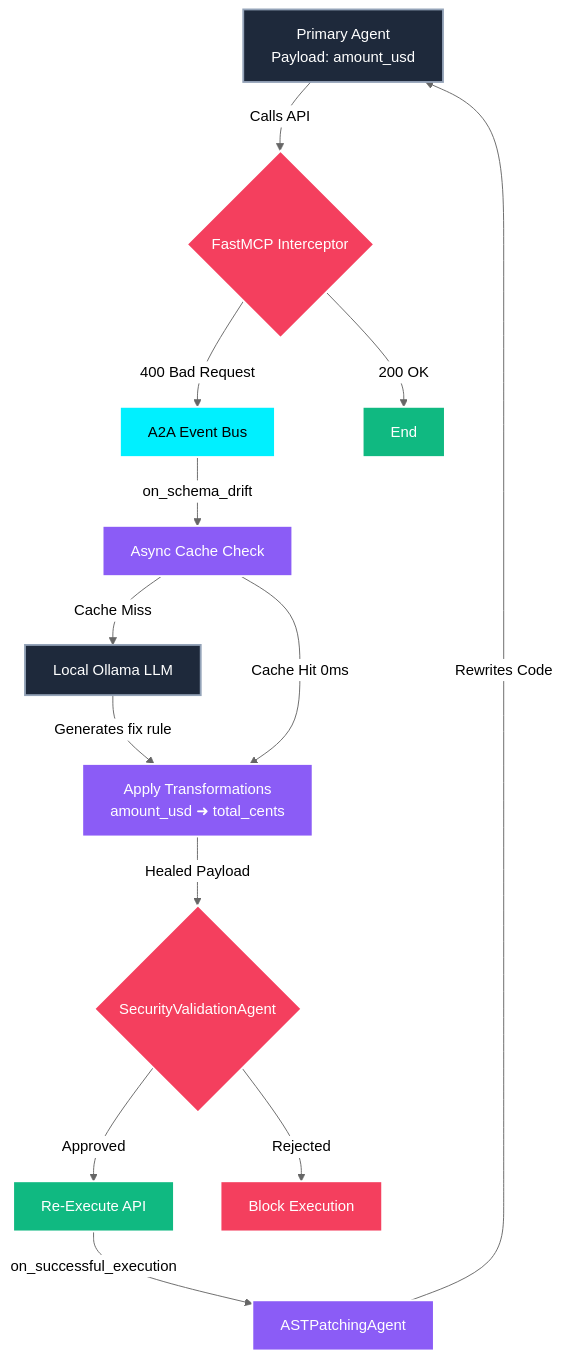
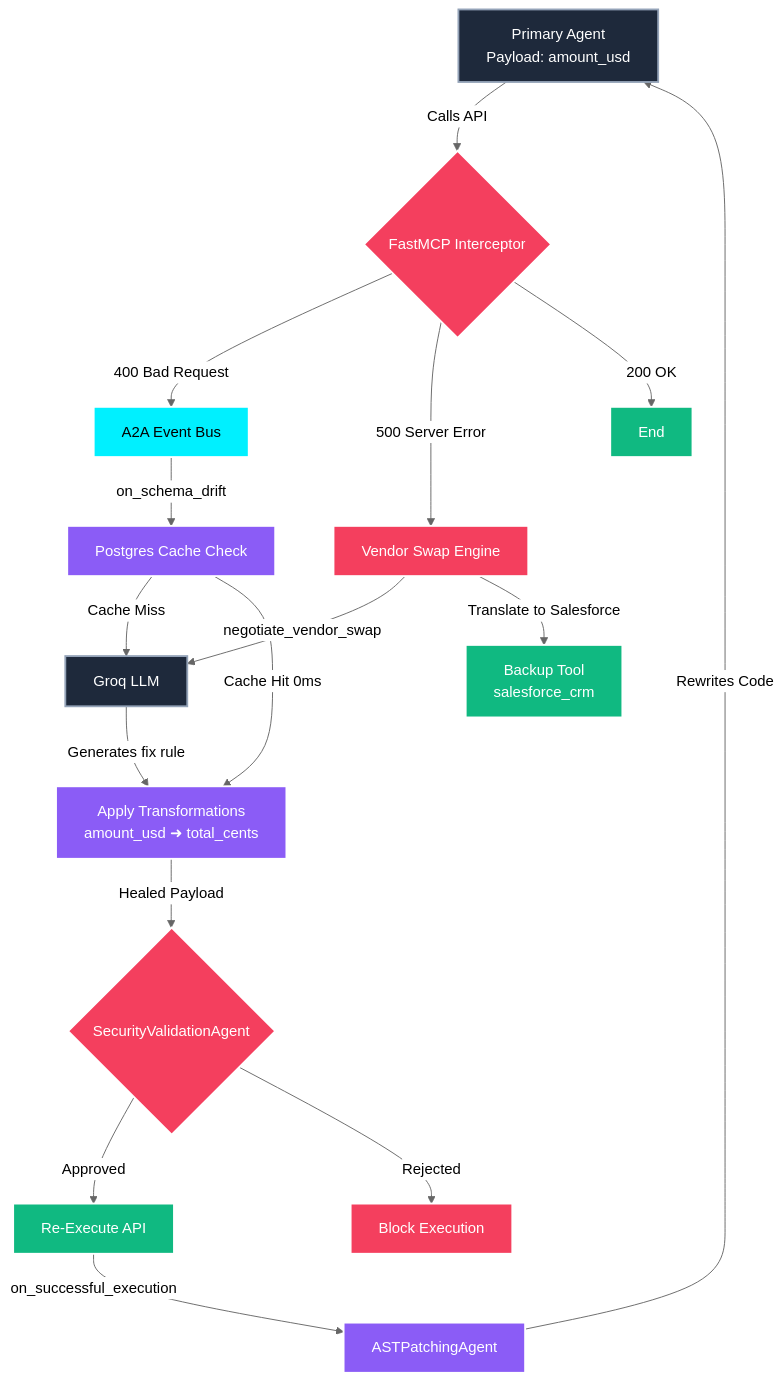
One commit to yaseenzj/Agent-Arc changed the diagram in docs/example.md. Above: the diagram before and after it, drawn with Mermaid (neutral theme). The commit also changed other lines of this file and 2 other files, not shown here.

Commit message:
upgraded

````diff
--- a/docs/example.md
+++ b/docs/example.md
@@ -15,28 +15,32 @@
 ```mermaid
 graph TD
     %% Node Styling
     classDef primary fill:#1e293b,stroke:#94a3b8,stroke-width:2px,color:#fff;
     classDef interceptor fill:#f43f5e,stroke:#fff,stroke-width:2px,color:#fff;
     classDef bus fill:#00f0ff,stroke:#fff,stroke-width:2px,color:#000;
     classDef cache fill:#8b5cf6,stroke:#fff,stroke-width:2px,color:#fff;
     classDef success fill:#10b981,stroke:#fff,stroke-width:2px,color:#fff;
 
     A[ Primary Agent<br/>Payload: amount_usd]:::primary -->|Calls API| B{ FastMCP Interceptor}:::interceptor
     
     B -->|400 Bad Request| C[ A2A Event Bus]:::bus
+    B -->|500 Server Error| V[ Vendor Swap Engine]:::interceptor
     B -->|200 OK| X[End]:::success
     
-    C -->|on_schema_drift| D[ Async Cache Check]:::cache
+    C -->|on_schema_drift| D[ Postgres Cache Check]:::cache
     
-    D -->|Cache Miss| E[ Local Ollama LLM]:::primary
+    D -->|Cache Miss| E[ Groq LLM]:::primary
     E -->|Generates fix rule| F[ Apply Transformations<br/>amount_usd ➜ total_cents]:::cache
+    
+    V -->|negotiate_vendor_swap| E
+    V -->|Translate to Salesforce| S[ Backup Tool <br/> salesforce_crm]:::success
     
     D -->|Cache Hit 0ms| F
     
     F -->|Healed Payload| G{ SecurityValidationAgent}:::interceptor
     G -->|Approved| H[ Re-Execute API]:::success
     G -->|Rejected| Z[Block Execution]:::interceptor
     
     H -->|on_successful_execution| I[ ASTPatchingAgent]:::cache
     I -->|Rewrites Code| A
 ```
````
